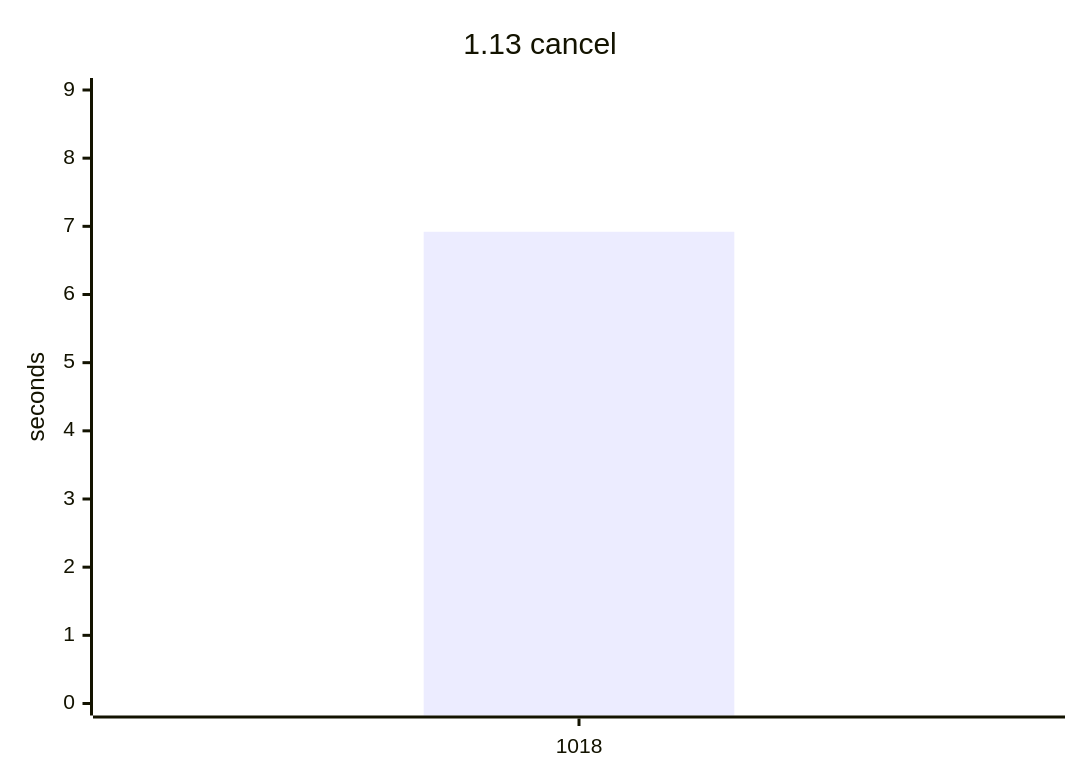
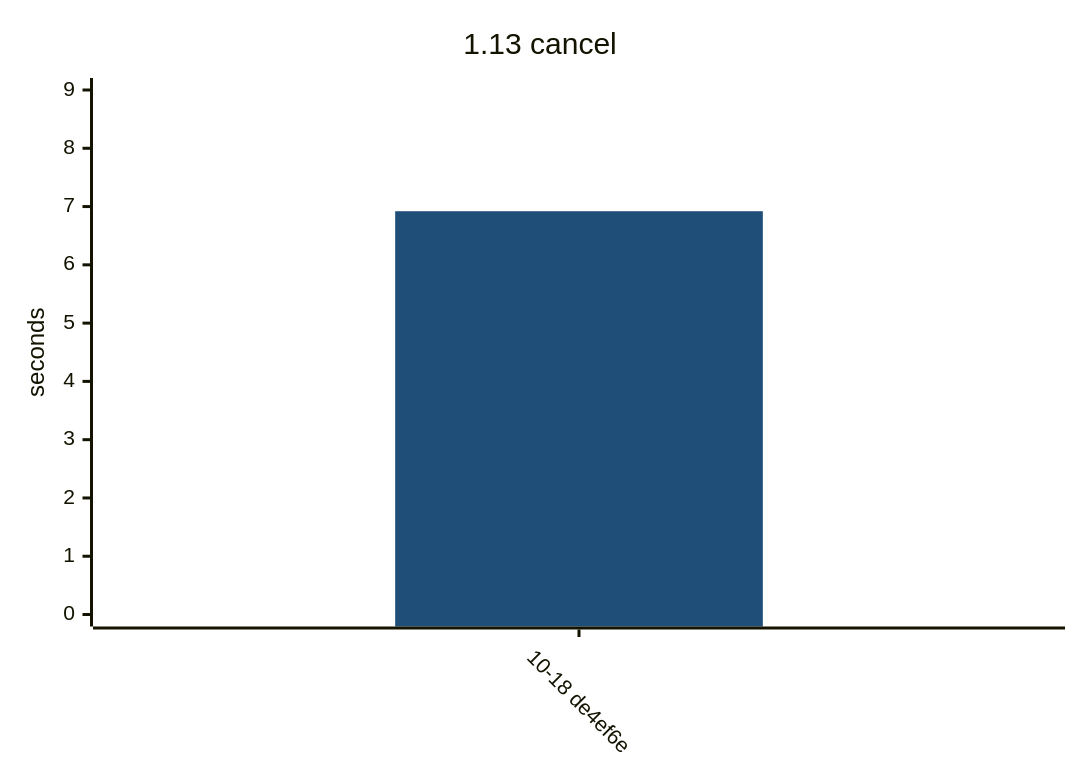
One commit to yamanori99/DistSSHQueue.jl changed the fifth of 15 diagrams in README.md. Above: the diagram before and after it, drawn with Mermaid. The commit also changed other lines of this file and 1 other file, not shown here.

````diff
--- a/README.md
+++ b/README.md
@@ -119,7 +158,17 @@
 ```mermaid
+---
+config:
+  theme: base
+  themeVariables:
+    xyChart:
+      plotColorPalette: "#1f4e79"
+  xyChart:
+    xAxis:
+      labelRotation: 45
+---
 xychart-beta
     title "1.13 cancel"
-    x-axis ["1018"]
+    x-axis ["10-18 de4ef6e"]
     y-axis "seconds" 0 --> 9
     bar [6.92]
 ```
````
